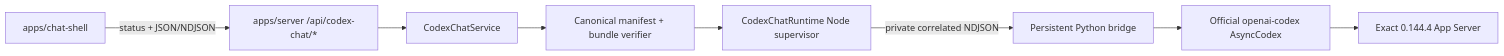
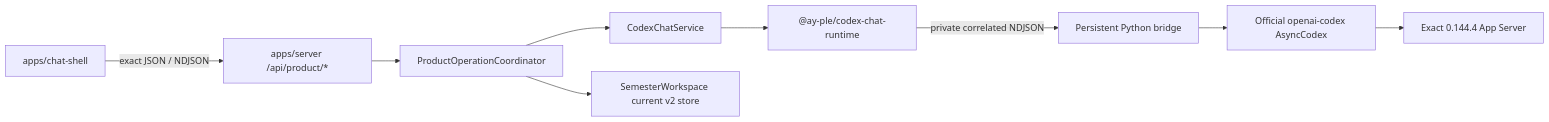
One commit to Mureung1/hub-showcase changed the diagram in docs/architecture/codex-chat-implementation-map.md. Above: the diagram before and after it, drawn with Mermaid. The commit also changed other lines of this file and 11 other files, not shown here.

````diff
--- a/docs/architecture/codex-chat-implementation-map.md
+++ b/docs/architecture/codex-chat-implementation-map.md
@@ -48,19 +44,21 @@
 ```mermaid
 flowchart LR
   Shell["apps/chat-shell"]
-  Http["apps/server /api/codex-chat/*"]
+  ProductHttp["apps/server /api/product/*"]
+  Coordinator["ProductOperationCoordinator"]
   Service["CodexChatService"]
-  Verifier["Canonical manifest + bundle verifier"]
-  Node["CodexChatRuntime Node supervisor"]
+  Runtime["@ay-ple/codex-chat-runtime"]
   Python["Persistent Python bridge"]
   SDK["Official openai-codex AsyncCodex"]
   Native["Exact 0.144.4 App Server"]
+  Store["SemesterWorkspace current v2 store"]
 
-  Shell -->|"status + JSON/NDJSON"| Http
-  Http --> Service
-  Service --> Verifier
-  Verifier --> Node
-  Node -->|"private correlated NDJSON"| Python
+  Shell -->|"exact JSON / NDJSON"| ProductHttp
+  ProductHttp --> Coordinator
+  Coordinator --> Store
+  Coordinator --> Service
+  Service --> Runtime
+  Runtime -->|"private correlated NDJSON"| Python
   Python --> SDK
   SDK --> Native
 ```
````
